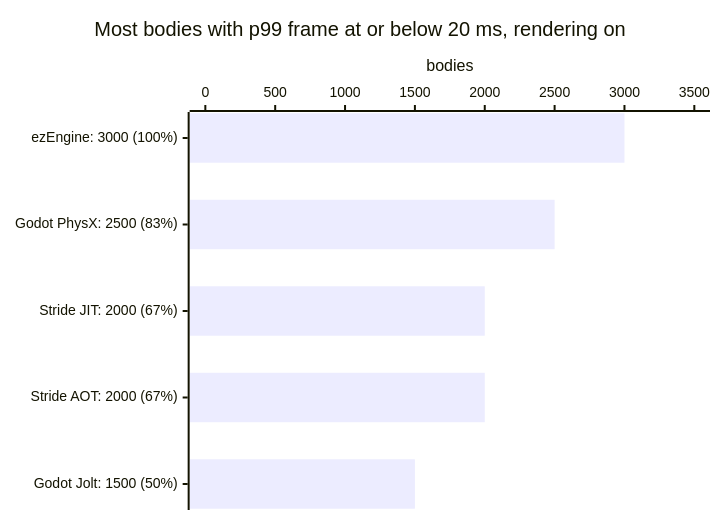
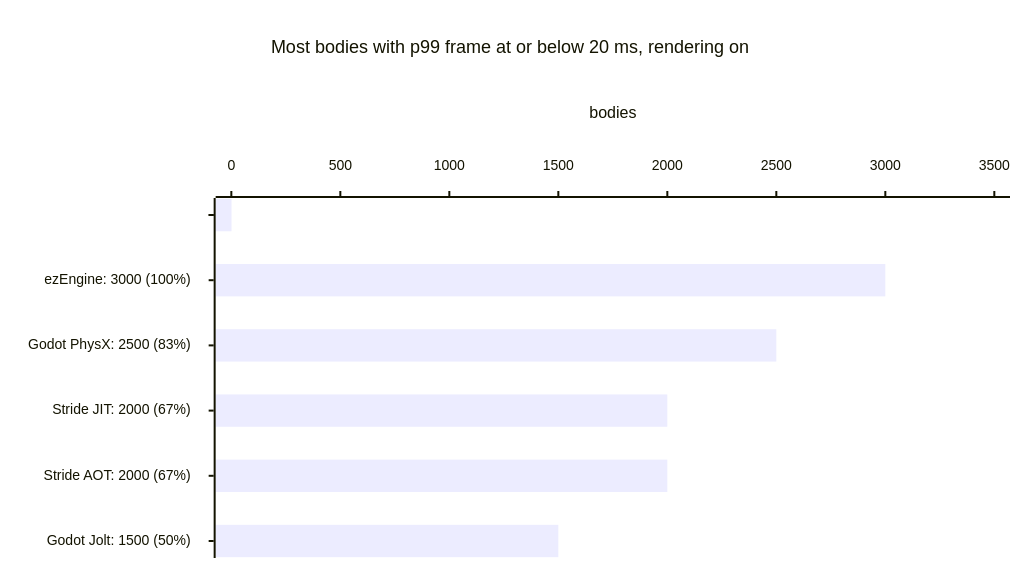
The fifth of 6 diagrams in README.md (CreatoramaStudio/QuestMark), drawn with Mermaid before and after one commit. The commit also changed other lines of this file and 1 other file, not shown here.

Commit message:
README charts: padding config and spacer rows above and below the bars

````diff
--- a/README.md
+++ b/README.md
@@ -87,7 +155,24 @@
 ```mermaid
+---
+config:
+  xyChart:
+    width: 1000
+    height: 548
+    titlePadding: 28
+    titleFontSize: 18
+    plotReservedSpacePercent: 60
+    xAxis:
+      labelFontSize: 14
+      labelPadding: 18
+      titlePadding: 18
+    yAxis:
+      labelFontSize: 14
+      labelPadding: 18
+      titlePadding: 18
+---
 xychart-beta horizontal
     title "Most bodies with p99 frame at or below 20 ms, rendering on"
-    x-axis ["ezEngine: 3000 (100%)", "Godot PhysX: 2500 (83%)", "Stride JIT: 2000 (67%)", "Stride AOT: 2000 (67%)", "Godot Jolt: 1500 (50%)"]
+    x-axis [" ", "ezEngine: 3000 (100%)", "Godot PhysX: 2500 (83%)", "Stride JIT: 2000 (67%)", "Stride AOT: 2000 (67%)", "Godot Jolt: 1500 (50%)", "  "]
     y-axis "bodies" 0 --> 3500
-    bar [3000, 2500, 2000, 2000, 1500]
+    bar [0, 3000, 2500, 2000, 2000, 1500, 0]
 ```
````
